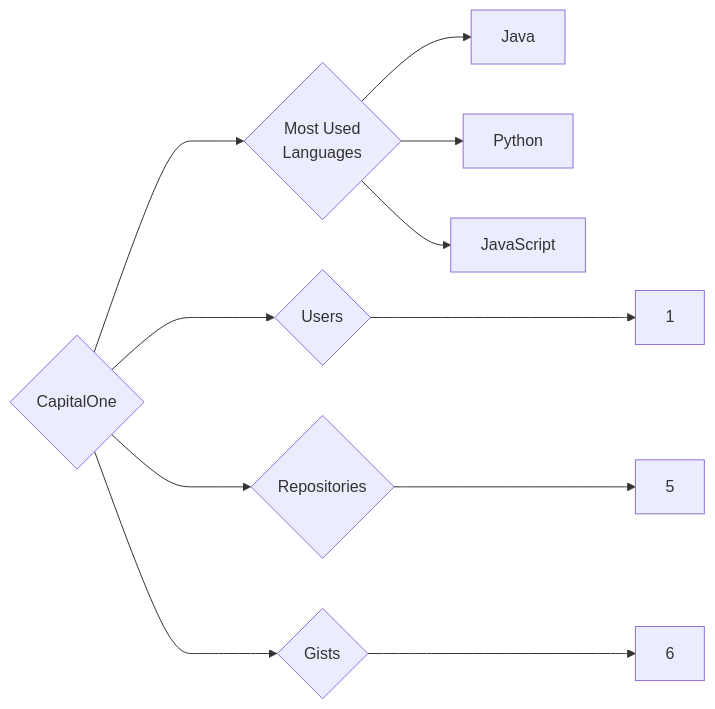
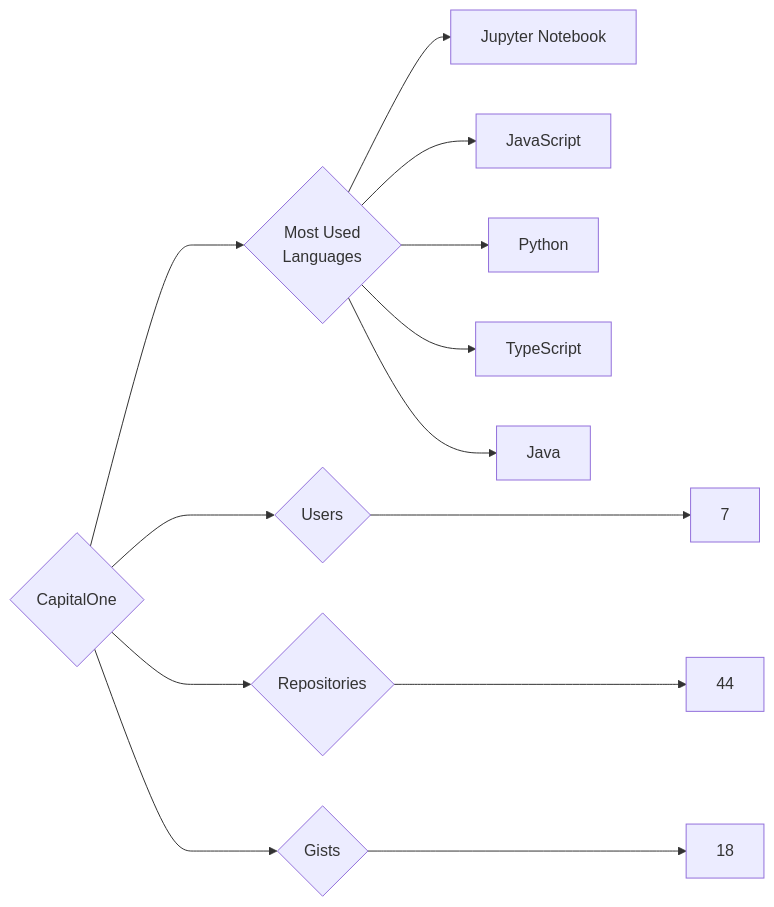
The diagram in targets/CapitalOne/README.md (trickest/insiders), drawn with Mermaid before and after one commit. The commit also changed 611 other files, not shown here.

````diff
--- a/targets/CapitalOne/README.md
+++ b/targets/CapitalOne/README.md
@@ -3,11 +3,13 @@
 ```mermaid
 graph LR
 COMPANY_NAME{CapitalOne}
-COMPANY_NAME ---> U{Users} ---> UN[1]
-COMPANY_NAME ---> R{Repositories} ---> RN[5]
-COMPANY_NAME ---> G{Gists} ---> GN[6]
+COMPANY_NAME ---> U{Users} ---> UN[7]
+COMPANY_NAME ---> R{Repositories} ---> RN[44]
+COMPANY_NAME ---> G{Gists} ---> GN[18]
 COMPANY_NAME ---> ML{Most Used<br>Languages}
+ML --> Jupyter_Notebook[Jupyter Notebook]
+ML --> JavaScript[JavaScript]
+ML --> Python[Python]
+ML --> TypeScript[TypeScript]
 ML --> Java[Java]
-ML --> Python[Python]
-ML --> JavaScript[JavaScript]
 ```
````
